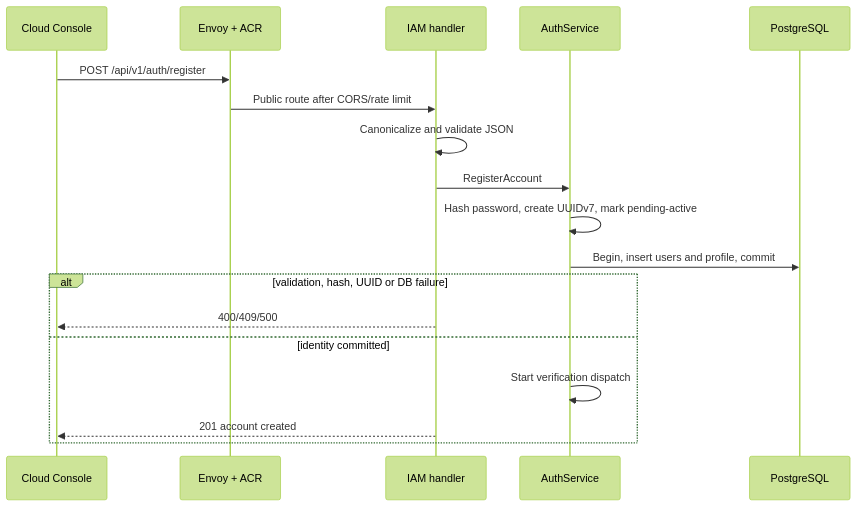
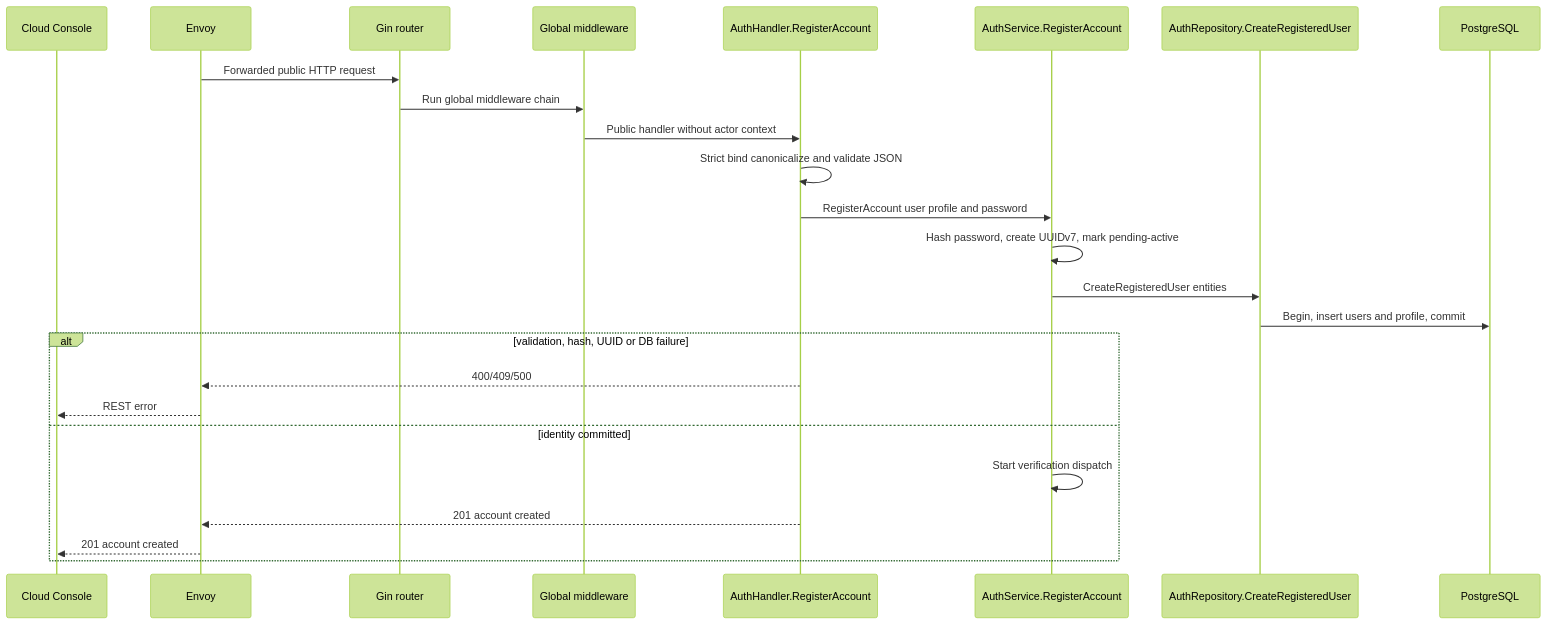
The second of 3 diagrams in god_view/iam/user_registration_god_view_workflow.md (phucle996/aurora), drawn with Mermaid (forest theme) before and after one commit. The commit also changed other lines of this file and 165 other files, not shown here.

````diff
--- a/god_view/iam/user_registration_god_view_workflow.md
+++ b/god_view/iam/user_registration_god_view_workflow.md
@@ -83,21 +127,28 @@
 ```mermaid
 sequenceDiagram
     participant UI as Cloud Console
-    participant E as Envoy + ACR
-    participant H as IAM handler
-    participant S as AuthService
+    participant E as Envoy
+    participant R as Gin router
+    participant M as Global middleware
+    participant H as AuthHandler.RegisterAccount
+    participant S as AuthService.RegisterAccount
+    participant Repo as AuthRepository.CreateRegisteredUser
     participant DB as PostgreSQL
 
-    UI->>E: POST /api/v1/auth/register
-    E->>H: Public route after CORS/rate limit
-    H->>H: Canonicalize and validate JSON
-    H->>S: RegisterAccount
+    E->>R: Forwarded public HTTP request
+    R->>M: Run global middleware chain
+    M->>H: Public handler without actor context
+    H->>H: Strict bind canonicalize and validate JSON
+    H->>S: RegisterAccount user profile and password
     S->>S: Hash password, create UUIDv7, mark pending-active
-    S->>DB: Begin, insert users and profile, commit
+    S->>Repo: CreateRegisteredUser entities
+    Repo->>DB: Begin, insert users and profile, commit
     alt validation, hash, UUID or DB failure
-        H-->>UI: 400/409/500
+        H-->>E: 400/409/500
+        E-->>UI: REST error
     else identity committed
         S->>S: Start verification dispatch
-        H-->>UI: 201 account created
+        H-->>E: 201 account created
+        E-->>UI: 201 account created
     end
 ```
````
